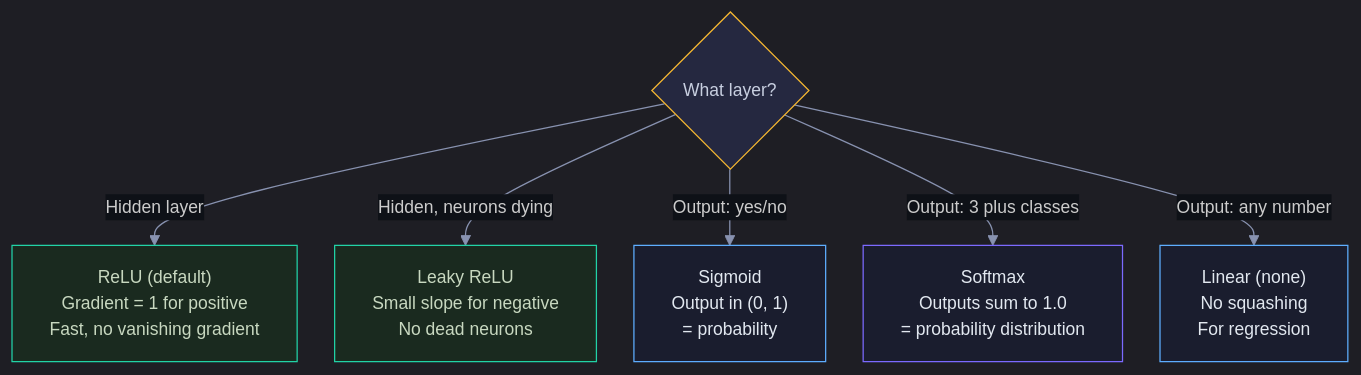
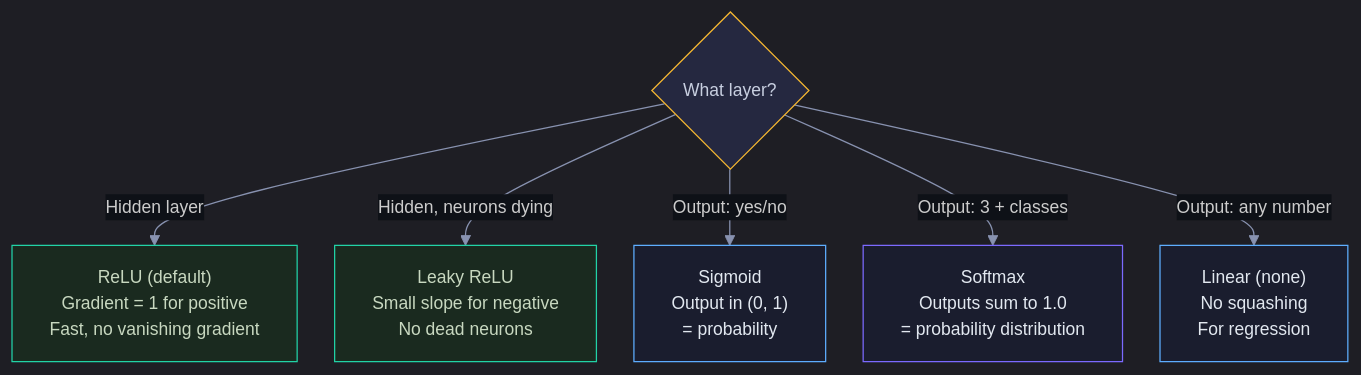
One commit to snehith1234/StudyCircle changed the second of 18 diagrams in Documents/Visual_Guides/Deep_Learning/Neural_Network_Fundamentals_Visual.md. Above: the diagram before and after it, drawn with Mermaid. The commit also changed other lines of this file and 10 other files, not shown here.

First line of the commit message:
Fix Mermaid formatting and add RNN/LSTM guides

````diff
--- a/Documents/Visual_Guides/Deep_Learning/Neural_Network_Fundamentals_Visual.md
+++ b/Documents/Visual_Guides/Deep_Learning/Neural_Network_Fundamentals_Visual.md
@@ -55,17 +55,17 @@
 ```mermaid
 %%{init: {'theme': 'dark', 'themeVariables': {'darkMode': true, 'background': '#0e1117', 'primaryColor': '#1a1d2e', 'primaryTextColor': '#e2e8f0', 'primaryBorderColor': '#2d3148', 'lineColor': '#8892b0', 'secondaryColor': '#252840', 'tertiaryColor': '#1a1d2e', 'fontSize': '14px', 'edgeLabelBackground': '#0e1117'}, 'flowchart': {'nodeSpacing': 30, 'rankSpacing': 40, 'padding': 15, 'htmlLabels': true}}}%%
 graph TD
     Q{"What layer?"}
     Q -->|"Hidden layer"| RELU["ReLU (default)<br/>Gradient = 1 for positive<br/>Fast, no vanishing gradient"]
     Q -->|"Hidden, neurons dying"| LRELU["Leaky ReLU<br/>Small slope for negative<br/>No dead neurons"]
     Q -->|"Output: yes/no"| SIG["Sigmoid<br/>Output in (0, 1)<br/>= probability"]
-    Q -->|"Output: 3 plus classes"| SOFT["Softmax<br/>Outputs sum to 1.0<br/>= probability distribution"]
+    Q -->|"Output: 3 + classes"| SOFT["Softmax<br/>Outputs sum to 1.0<br/>= probability distribution"]
     Q -->|"Output: any number"| LIN["Linear (none)<br/>No squashing<br/>For regression"]
 
     style Q fill:#252840,stroke:#f5b731,color:#c8cfe0
     style RELU fill:#1a2a1f,stroke:#22d3a7,color:#c8d8c0
     style LRELU fill:#1a2a1f,stroke:#22d3a7,color:#c8d8c0
     style SIG fill:#1a1d2e,stroke:#5eaeff,color:#e2e8f0
     style SOFT fill:#1a1d2e,stroke:#7c6aff,color:#e2e8f0
     style LIN fill:#1a1d2e,stroke:#5eaeff,color:#e2e8f0
 ```
````
